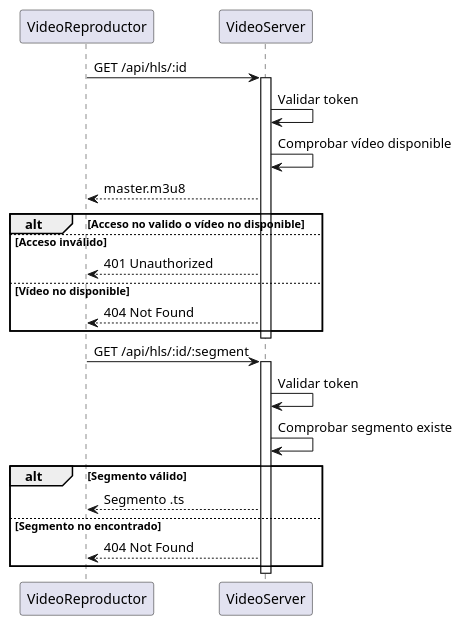
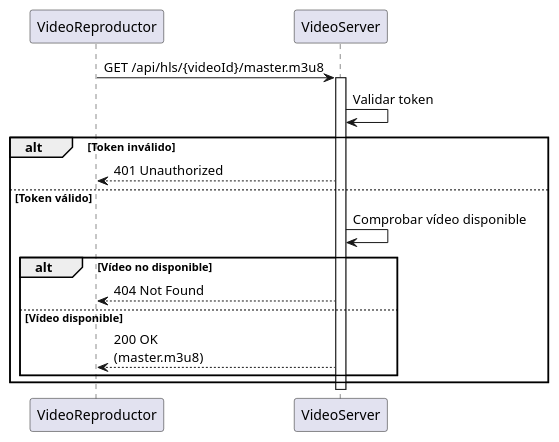
One commit to ComfyPenguin/Bloste-Docs changed the second of 4 diagrams in docs/backend/servicio_contenidos.md. Above: the diagram before and after it, drawn with PlantUML. The commit also changed other lines of this file and 9 other files, not shown here.

````diff
--- a/docs/backend/servicio_contenidos.md
+++ b/docs/backend/servicio_contenidos.md
@@ -43,35 +58,25 @@
 ```plantuml
 @startuml
 participant VideoReproductor
 participant VideoServer
 
-VideoReproductor -> VideoServer : GET /api/hls/:id
+VideoReproductor -> VideoServer : GET /api/hls/{videoId}/master.m3u8
 activate VideoServer
 
 VideoServer -> VideoServer : Validar token
-VideoServer -> VideoServer : Comprobar vídeo disponible
-VideoServer --> VideoReproductor : master.m3u8
-alt Acceso no valido o vídeo no disponible
-else Acceso inválido
+
+alt Token inválido
     VideoServer --> VideoReproductor : 401 Unauthorized
-else Vídeo no disponible
-    VideoServer --> VideoReproductor : 404 Not Found
-end
+else Token válido
+    VideoServer -> VideoServer : Comprobar vídeo disponible
 
-deactivate VideoServer
-
-VideoReproductor -> VideoServer : GET /api/hls/:id/:segment
-activate VideoServer
-
-VideoServer -> VideoServer : Validar token
-VideoServer -> VideoServer : Comprobar segmento existe
-
-alt Segmento válido
-    VideoServer --> VideoReproductor : Segmento .ts
-else Segmento no encontrado
-    VideoServer --> VideoReproductor : 404 Not Found
+    alt Vídeo no disponible
+        VideoServer --> VideoReproductor : 404 Not Found
+    else Vídeo disponible
+        VideoServer --> VideoReproductor : 200 OK\n(master.m3u8)
+    end
 end
 
 deactivate VideoServer
 @enduml
 ```
````
